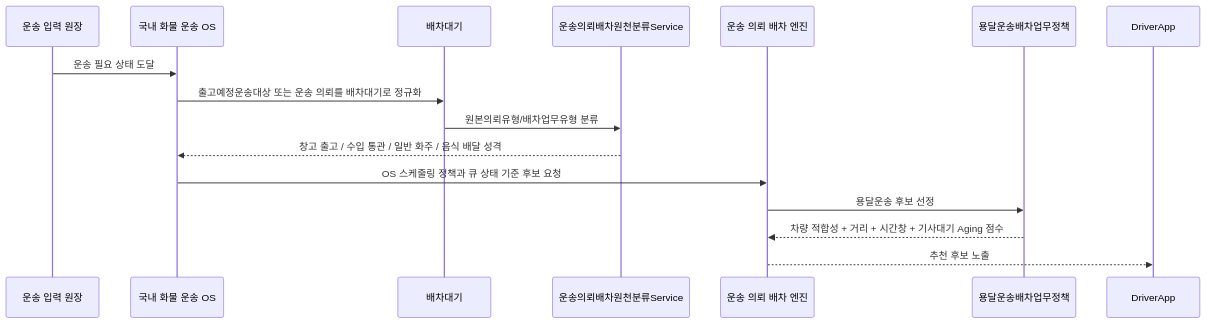
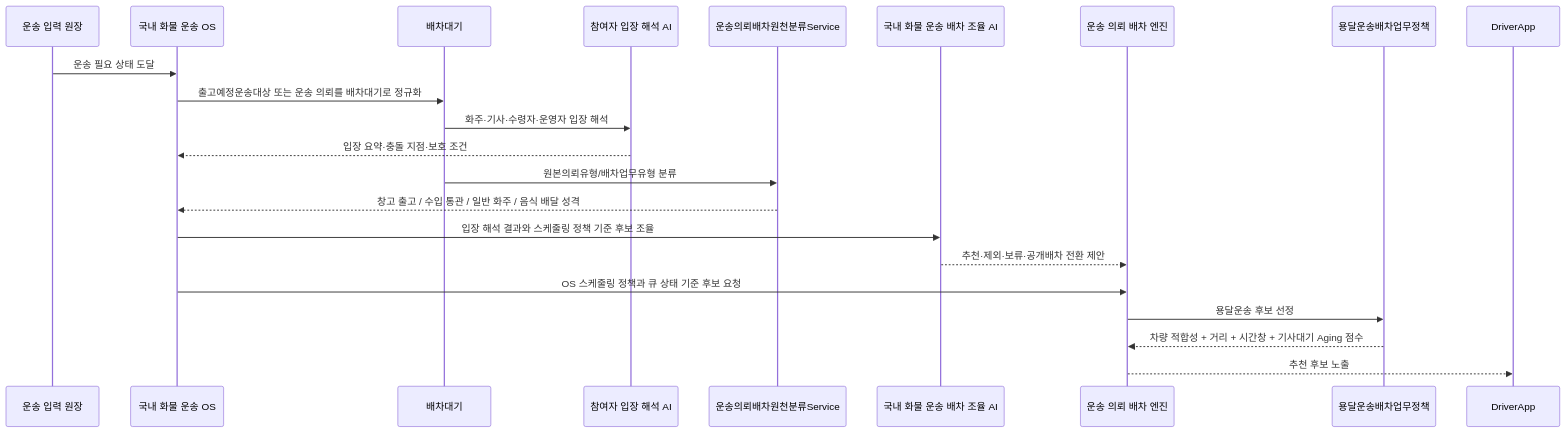
The third of 3 diagrams in docs/Architecture/DomesticCargoTransportOS.md (cheolwo/hongdal), drawn with Mermaid before and after one commit. The commit also changed other lines of this file and 27 other files, not shown here.

````diff
--- a/docs/Architecture/DomesticCargoTransportOS.md
+++ b/docs/Architecture/DomesticCargoTransportOS.md
@@ -127,19 +152,25 @@
 ```mermaid
 sequenceDiagram
     participant Source as 운송 입력 원장
     participant OS as 국내 화물 운송 OS
     participant Queue as 배차대기
+    participant AI1 as 참여자 입장 해석 AI
     participant Classifier as 운송의뢰배차원천분류Service
+    participant AI2 as 국내 화물 운송 배차 조율 AI
     participant Engine as 운송 의뢰 배차 엔진
     participant Policy as 용달운송배차업무정책
     participant Driver as DriverApp
 
     Source->>OS: 운송 필요 상태 도달
     OS->>Queue: 출고예정운송대상 또는 운송 의뢰를 배차대기로 정규화
+    Queue->>AI1: 화주·기사·수령자·운영자 입장 해석
+    AI1-->>OS: 입장 요약·충돌 지점·보호 조건
     Queue->>Classifier: 원본의뢰유형/배차업무유형 분류
     Classifier-->>OS: 창고 출고 / 수입 통관 / 일반 화주 / 음식 배달 성격
+    OS->>AI2: 입장 해석 결과와 스케줄링 정책 기준 후보 조율
+    AI2-->>Engine: 추천·제외·보류·공개배차 전환 제안
     OS->>Engine: OS 스케줄링 정책과 큐 상태 기준 후보 요청
     Engine->>Policy: 용달운송 후보 선정
     Policy-->>Engine: 차량 적합성 + 거리 + 시간창 + 기사대기 Aging 점수
     Engine-->>Driver: 추천 후보 노출
 ```
````
